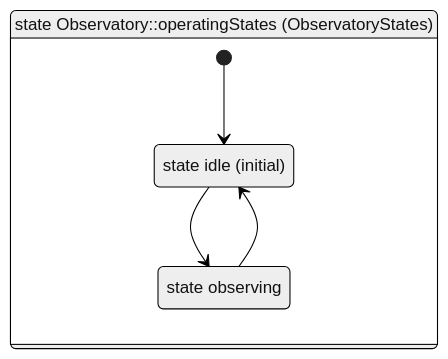
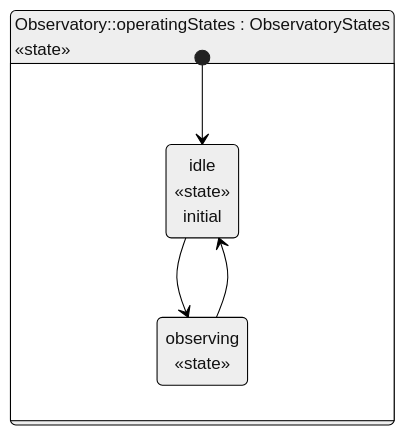
Before and after one commit to Open-MBEE/OpenSysML: the second of 2 diagrams in internal/core/docrender/testdata/telescope_report.golden.md, drawn with Mermaid (neutral theme). The commit also changed other lines of this file and 59 other files, not shown here.

First line of the commit message:
feat(view): lead diagram node labels with the element's name

````diff
--- a/internal/core/docrender/testdata/telescope_report.golden.md
+++ b/internal/core/docrender/testdata/telescope_report.golden.md
@@ -101,12 +101,12 @@
 ```mermaid
 %% state rendering (the diagram states kind "state")
 stateDiagram-v2
   direction LR
-  state "state Observatory::operatingStates (ObservatoryStates)" as n0 {
-    state "state idle (initial)" as n1
-    state "state observing" as n2
+  state "Observatory::operatingStates : ObservatoryStates<br>«state»" as n0 {
+    state "idle<br>«state»<br>initial" as n1
+    state "observing<br>«state»" as n2
     [*] --> n1
   }
   n1 --> n2
   n2 --> n1
 ```
````
